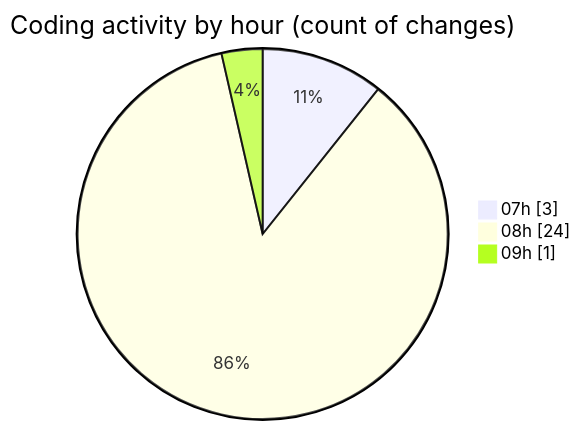
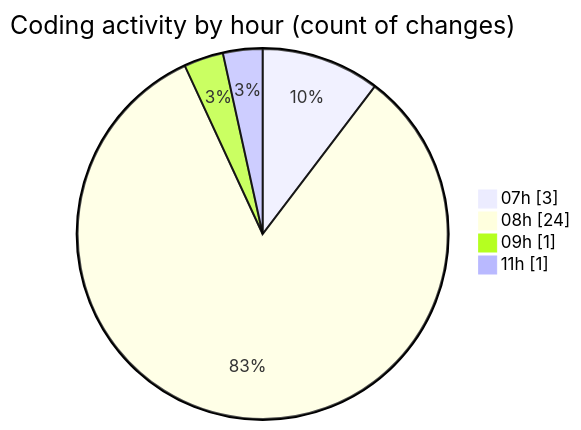
Before and after one commit to becaeroporto-bot/code-tracking: the second of 2 diagrams in 2026-02-20/bot_i_a/README.md, drawn with Mermaid. The commit also changed other lines of this file and 1 other file, not shown here.

````diff
--- a/2026-02-20/bot_i_a/README.md
+++ b/2026-02-20/bot_i_a/README.md
@@ -39,7 +41,8 @@
 ```mermaid
 pie showData
 title Coding activity by hour (count of changes)
 "07h" : 3
 "08h" : 24
 "09h" : 1
+"11h" : 1
 ```
````
